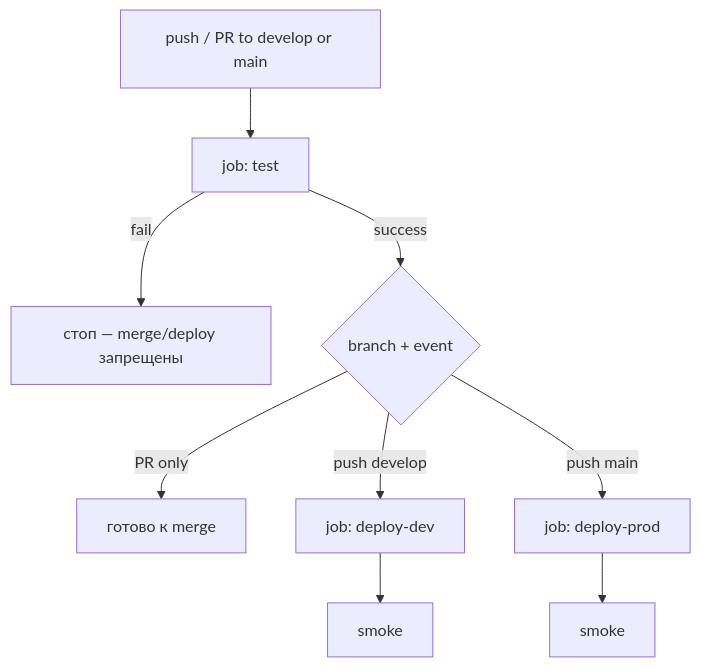
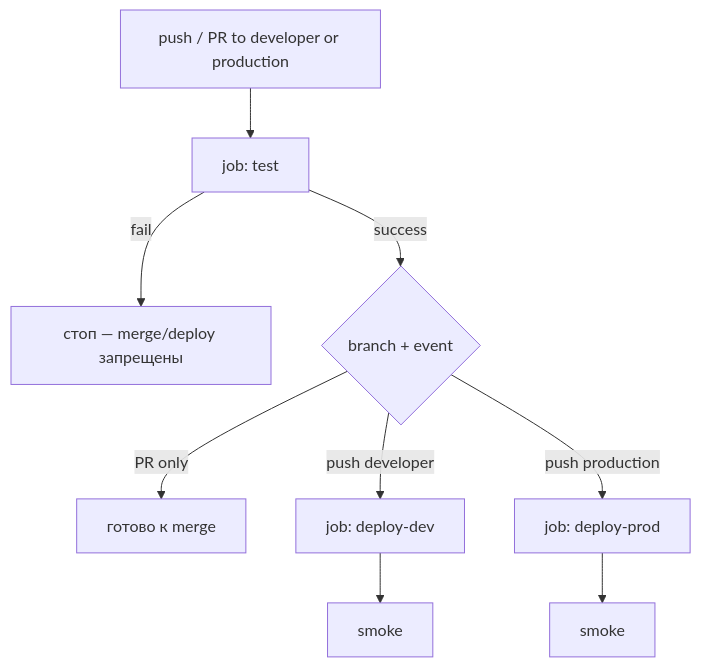
Before and after one commit to Chuchoss/it-labor-pulse: the second of 4 diagrams in docs/architecture/10-cicd.md, drawn with Mermaid. The commit also changed other lines of this file and 13 other files, not shown here.

First line of the commit message:
ci: adopt developer/production branches with mandatory test gate

````diff
--- a/docs/architecture/10-cicd.md
+++ b/docs/architecture/10-cicd.md
@@ -46,11 +47,11 @@
 ```mermaid
 flowchart TB
-  Push[push / PR to develop or main] --> Test[job: test]
+  Push[push / PR to developer or production] --> Test[job: test]
   Test -->|fail| Stop[стоп — merge/deploy запрещены]
   Test -->|success| Branch{branch + event}
   Branch -->|PR only| Done[готово к merge]
-  Branch -->|push develop| Dev[job: deploy-dev]
-  Branch -->|push main| Prod[job: deploy-prod]
+  Branch -->|push developer| Dev[job: deploy-dev]
+  Branch -->|push production| Prod[job: deploy-prod]
   Dev --> SmokeDev[smoke]
   Prod --> SmokeProd[smoke]
 ```
````
